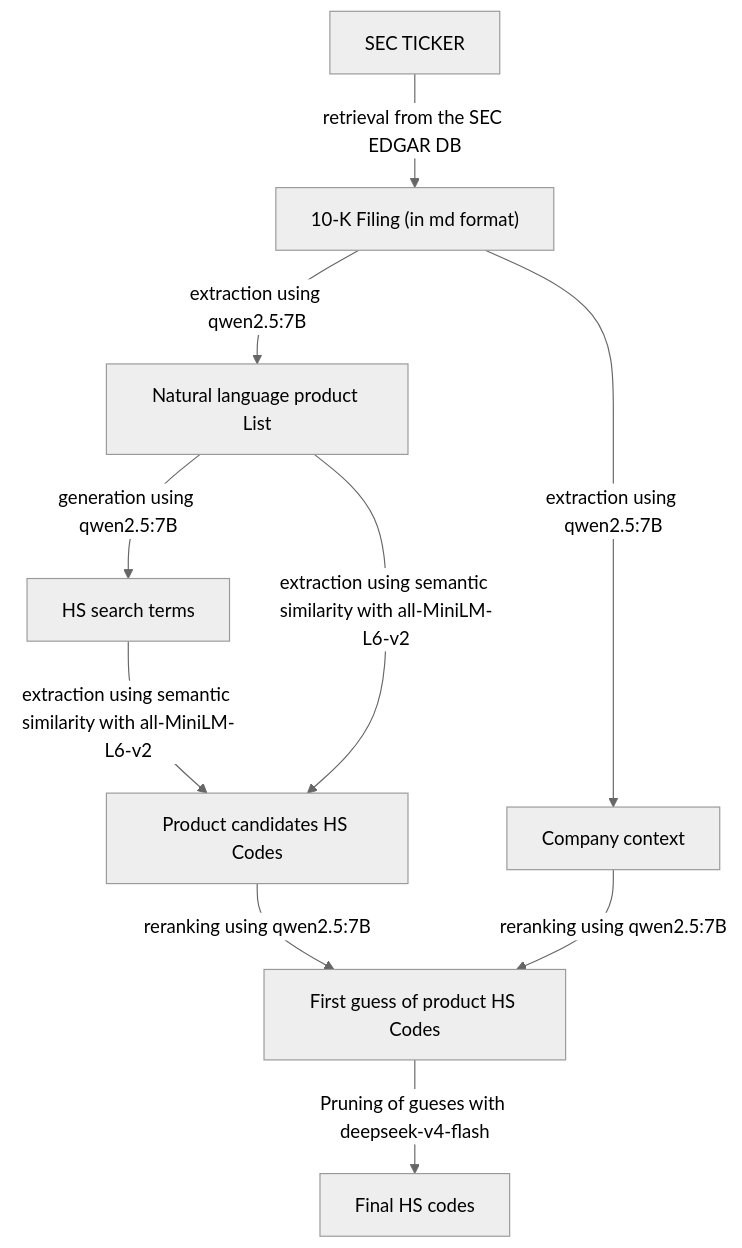
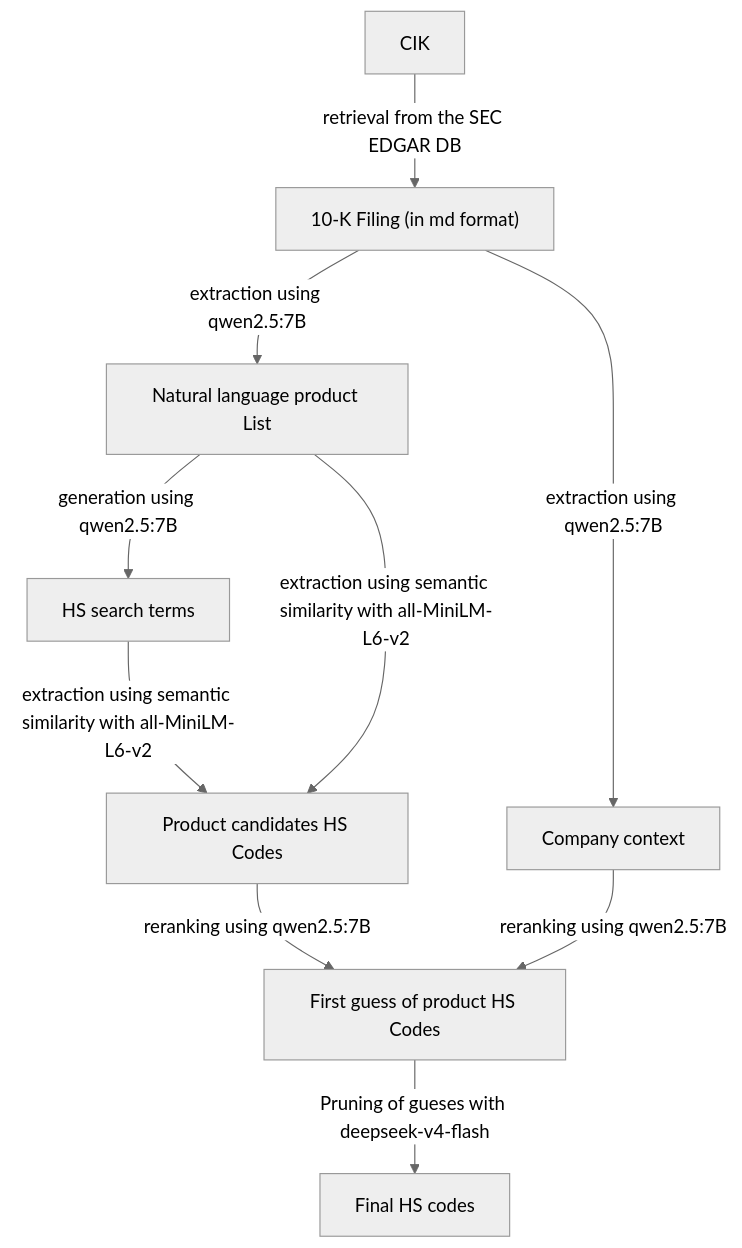
One commit to RenardDesNeiges/HSCode-to-firm changed the diagram in readme.md. Above: the diagram before and after it, drawn with Mermaid (neutral theme). The commit also changed other lines of this file and 4 other files, not shown here.

````diff
--- a/readme.md
+++ b/readme.md
@@ -6,13 +17,13 @@
 ```mermaid
 flowchart TD
-    TCK["SEC TICKER"] -->|retrieval from the SEC EDGAR DB| 10K["10-K Filing (in md format)"]
+    CIK["CIK"] -->|retrieval from the SEC EDGAR DB| 10K["10-K Filing (in md format)"]
     10K -->|extraction using qwen2.5:7B| PL["Natural language product List"]
     10K -->|extraction using qwen2.5:7B| CTX["Company context"]
     PL -->|generation using qwen2.5:7B| ST["HS search terms"]
     ST -->|extraction using semantic similarity with all-MiniLM-L6-v2| CDD["Product candidates HS Codes"]
     PL -->|extraction using semantic similarity with all-MiniLM-L6-v2| CDD["Product candidates HS Codes"]
     CDD -->|reranking using qwen2.5:7B| RR["First guess of product HS Codes"]
     CTX -->|reranking using qwen2.5:7B| RR
     RR -->|Pruning of gueses with deepseek-v4-flash| FL["Final HS codes"]
 
 ```
````
